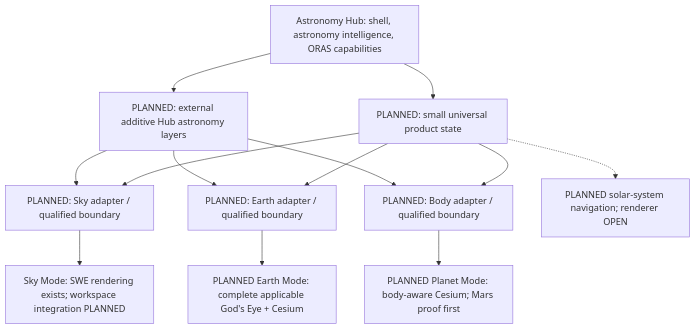
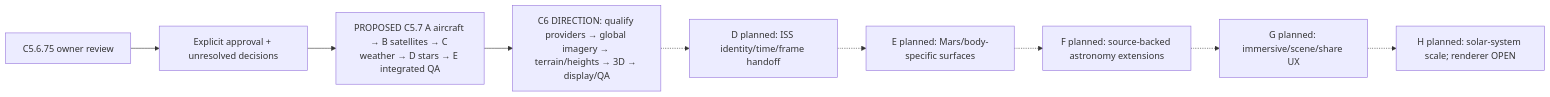
One commit to Shadowgar/Astronomy-Hub changed the second of 2 diagrams in docs/ASTRONOMY_HUB_DIAGRAM.md. Above: the diagram before and after it, drawn with Mermaid. The commit also changed other lines of this file and 37 other files, not shown here.

Commit message:
docs: reconcile owned Earth architecture and gated C5.7 C6 roadmap

````diff
--- a/docs/ASTRONOMY_HUB_DIAGRAM.md
+++ b/docs/ASTRONOMY_HUB_DIAGRAM.md
@@ -32,16 +41,11 @@
 ```mermaid
-flowchart TD
-    Hub["Astronomy Hub: shell, astronomy intelligence, ORAS capabilities"]
-    Hub --> State["PLANNED: small universal product state"]
-    State --> SkyAdapter["PLANNED: Sky adapter / qualified boundary"]
-    State --> EarthAdapter["PLANNED: Earth adapter / qualified boundary"]
-    State --> BodyAdapter["PLANNED: Body adapter / qualified boundary"]
-    SkyAdapter --> Sky["Sky Mode: SWE rendering exists; workspace integration PLANNED"]
-    EarthAdapter --> Earth["PLANNED Earth Mode: complete applicable God's Eye + Cesium"]
-    BodyAdapter --> Planet["PLANNED Planet Mode: body-aware Cesium; Mars proof first"]
-    Hub --> Extensions["PLANNED: external additive Hub astronomy layers"]
-    Extensions --> EarthAdapter
-    Extensions --> SkyAdapter
-    Extensions --> BodyAdapter
-    State -.-> Scale["PLANNED solar-system navigation; renderer OPEN"]
+flowchart LR
+    Review["C5.6.75 owner review"] --> Approval["Explicit approval + unresolved decisions"]
+    Approval --> Recovery["PROPOSED C5.7 A aircraft → B satellites → C weather → D stars → E integrated QA"]
+    Recovery --> C6["C6 DIRECTION: qualify providers → global imagery → terrain/heights → 3D → display/QA"]
+    C6 -.-> D["D planned: ISS identity/time/frame handoff"]
+    D -.-> E["E planned: Mars/body-specific surfaces"]
+    E -.-> F["F planned: source-backed astronomy extensions"]
+    F -.-> G["G planned: immersive/scene/share UX"]
+    G -.-> H["H planned: solar-system scale; renderer OPEN"]
 ```
````
